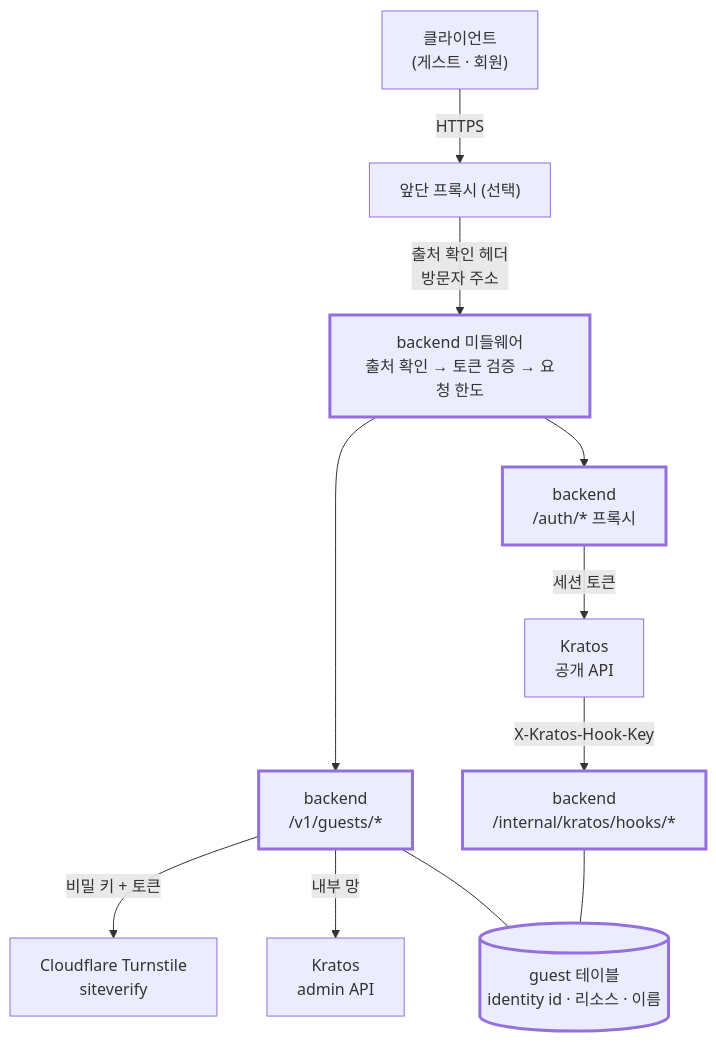
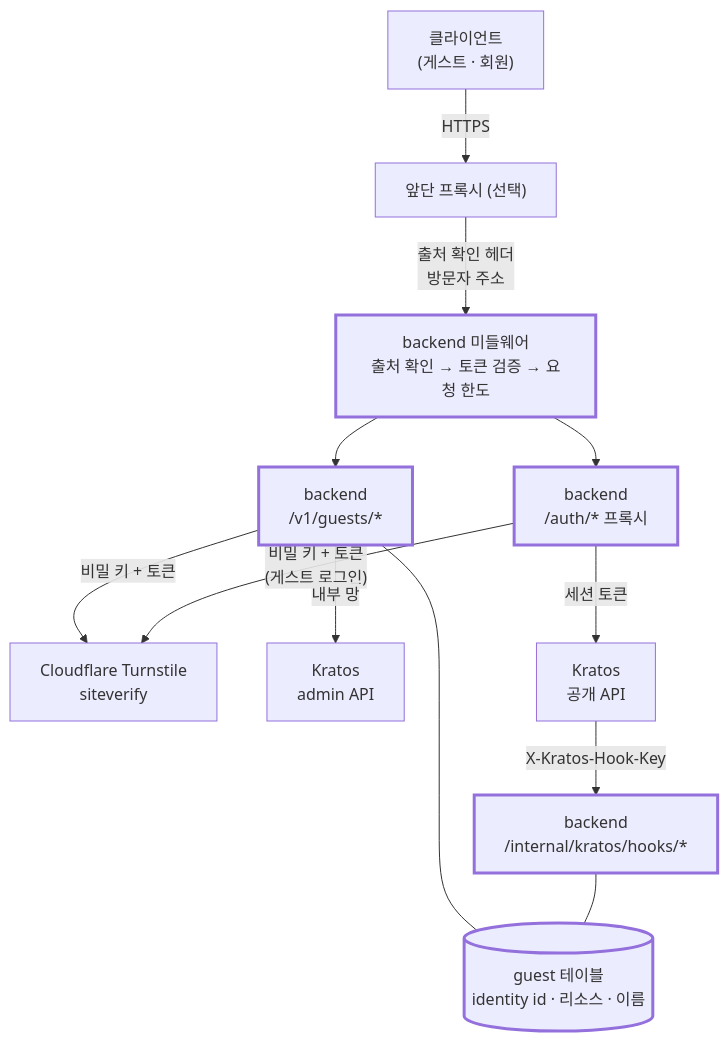
Before and after one commit to onprem-hipster-timer/backend: the first of 10 diagrams in docs/guides/guest.ko.md, drawn with Mermaid. The commit also changed other lines of this file and 9 other files, not shown here.

````diff
--- a/docs/guides/guest.ko.md
+++ b/docs/guides/guest.ko.md
@@ -39,27 +40,28 @@
 ```mermaid
 flowchart TB
     C["클라이언트<br/>(게스트 · 회원)"]
     P["앞단 프록시 (선택)"]
     MW["backend 미들웨어<br/>출처 확인 → 토큰 검증 → 요청 한도"]
     G["backend<br/>/v1/guests/*"]
     AP["backend<br/>/auth/* 프록시"]
     TS["Cloudflare Turnstile<br/>siteverify"]
     KA["Kratos<br/>admin API"]
     KP["Kratos<br/>공개 API"]
     HK["backend<br/>/internal/kratos/hooks/*"]
     DB[("guest 테이블<br/>identity id · 리소스 · 이름")]
 
     C -->|"HTTPS"| P
     P -->|"출처 확인 헤더<br/>방문자 주소"| MW
     MW --> G
     MW --> AP
     G -->|"비밀 키 + 토큰"| TS
+    AP -->|"비밀 키 + 토큰<br/>(게스트 로그인)"| TS
     G -->|"내부 망"| KA
     AP -->|"세션 토큰"| KP
     KP -->|"X-Kratos-Hook-Key"| HK
     G --- DB
     HK --- DB
 
     classDef backend stroke-width:3px
     class MW,G,AP,HK,DB backend
 ```
````
